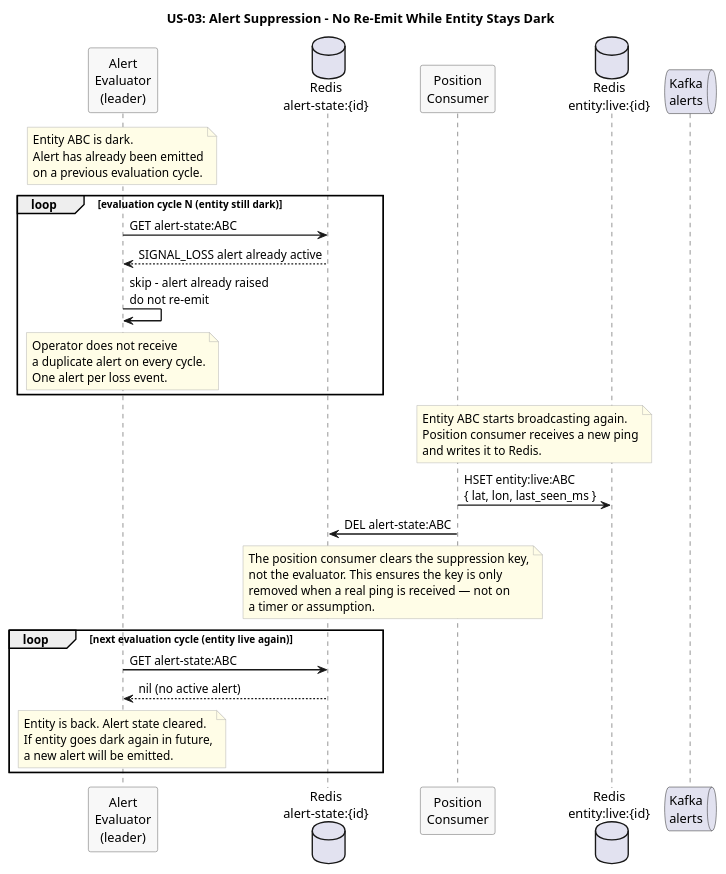
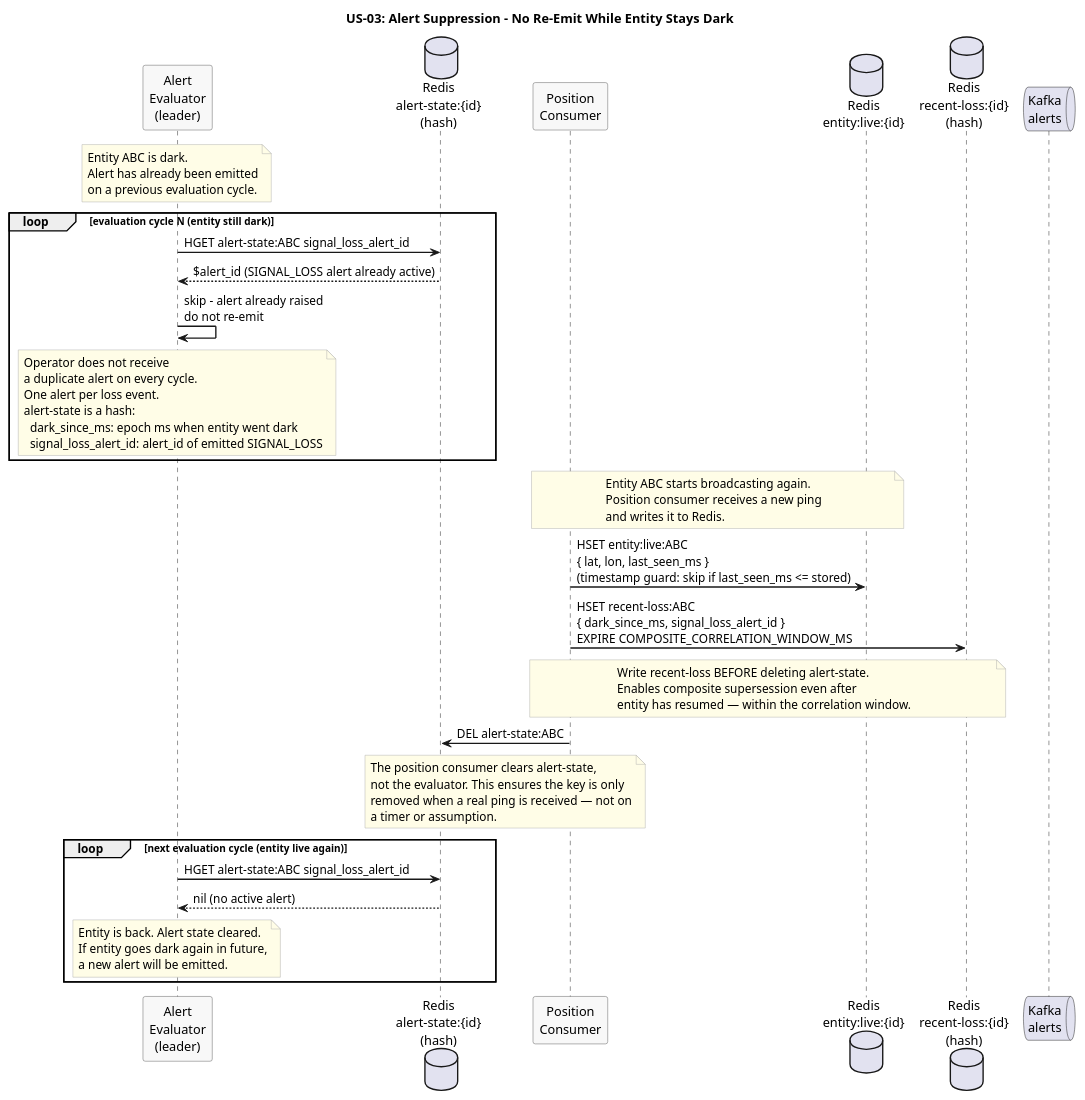
Before and after one commit to Buffden/sentinel: the diagram in docs/use-cases/US-03-signal-loss-alert/alert-suppression.puml, drawn with PlantUML. The commit also changed 7 other files, not shown here.

First line of the commit message:
alert-evaluator: composite supersession model — SIGNAL_LOSS emitted immediately, proximity supersedes atomically

```diff
--- a/docs/use-cases/US-03-signal-loss-alert/alert-suppression.puml
+++ b/docs/use-cases/US-03-signal-loss-alert/alert-suppression.puml
@@ -1,61 +1,71 @@
 @startuml alert-suppression
 title US-03: Alert Suppression - No Re-Emit While Entity Stays Dark
 
 skinparam sequenceArrowThickness 1.5
 skinparam participantBorderColor #555555
 skinparam participantBackgroundColor #F8F8F8
 skinparam noteBorderColor #AAAAAA
 skinparam noteBackgroundColor #FFFDE7
 
 participant "Alert\nEvaluator\n(leader)" as Evaluator
-database "Redis\nalert-state:{id}" as AlertState
+database "Redis\nalert-state:{id}\n(hash)" as AlertState
 participant "Position\nConsumer" as Consumer
 database "Redis\nentity:live:{id}" as LiveState
+database "Redis\nrecent-loss:{id}\n(hash)" as RecentLoss
 queue "Kafka\nalerts" as Kafka
 
 note over Evaluator
   Entity ABC is dark.
   Alert has already been emitted
   on a previous evaluation cycle.
 end note
 
 loop evaluation cycle N (entity still dark)
-  Evaluator -> AlertState : GET alert-state:ABC
-  AlertState --> Evaluator : SIGNAL_LOSS alert already active
+  Evaluator -> AlertState : HGET alert-state:ABC signal_loss_alert_id
+  AlertState --> Evaluator : $alert_id (SIGNAL_LOSS alert already active)
 
   Evaluator -> Evaluator : skip - alert already raised\ndo not re-emit
 
   note over Evaluator
     Operator does not receive
     a duplicate alert on every cycle.
     One alert per loss event.
+    alert-state is a hash:
+      dark_since_ms: epoch ms when entity went dark
+      signal_loss_alert_id: alert_id of emitted SIGNAL_LOSS
   end note
 end
 
 note over Consumer, LiveState
   Entity ABC starts broadcasting again.
   Position consumer receives a new ping
   and writes it to Redis.
 end note
 
-Consumer -> LiveState : HSET entity:live:ABC\n{ lat, lon, last_seen_ms }
+Consumer -> LiveState : HSET entity:live:ABC\n{ lat, lon, last_seen_ms }\n(timestamp guard: skip if last_seen_ms <= stored)
+Consumer -> RecentLoss : HSET recent-loss:ABC\n{ dark_since_ms, signal_loss_alert_id }\nEXPIRE COMPOSITE_CORRELATION_WINDOW_MS
+note over Consumer, RecentLoss
+  Write recent-loss BEFORE deleting alert-state.
+  Enables composite supersession even after
+  entity has resumed — within the correlation window.
+end note
 Consumer -> AlertState : DEL alert-state:ABC
 note over Consumer, AlertState
-  The position consumer clears the suppression key,
+  The position consumer clears alert-state,
   not the evaluator. This ensures the key is only
   removed when a real ping is received — not on
   a timer or assumption.
 end note
 
 loop next evaluation cycle (entity live again)
-  Evaluator -> AlertState : GET alert-state:ABC
+  Evaluator -> AlertState : HGET alert-state:ABC signal_loss_alert_id
   AlertState --> Evaluator : nil (no active alert)
 
   note over Evaluator
     Entity is back. Alert state cleared.
     If entity goes dark again in future,
     a new alert will be emitted.
   end note
 end
 
 @enduml
```
